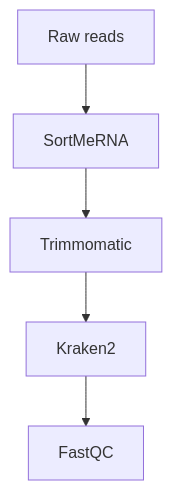
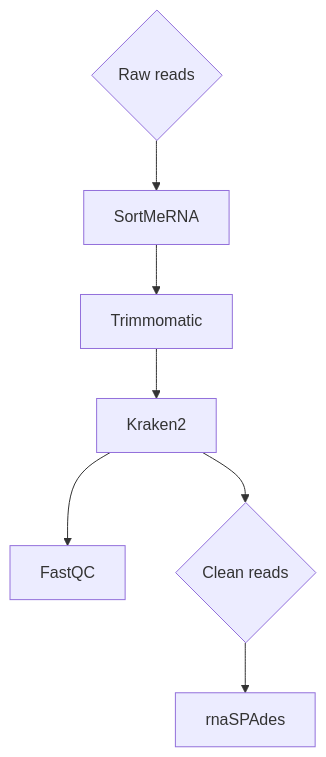
One commit to kuprinak/Phragmites_drought_RNAseq changed the diagram in README.md. Above: the diagram before and after it, drawn with Mermaid.

````diff
--- a/README.md
+++ b/README.md
@@ -6,7 +6,9 @@
 ```mermaid
 flowchart TD
-    A[Raw reads] -->B[SortMeRNA];
+    A{Raw reads} -->B[SortMeRNA];
     B --> C[Trimmomatic];
     C --> D[Kraken2];
     D --> E[FastQC];
+    D --> F{Clean reads};
+    F --> G[rnaSPAdes];
 ```
````
